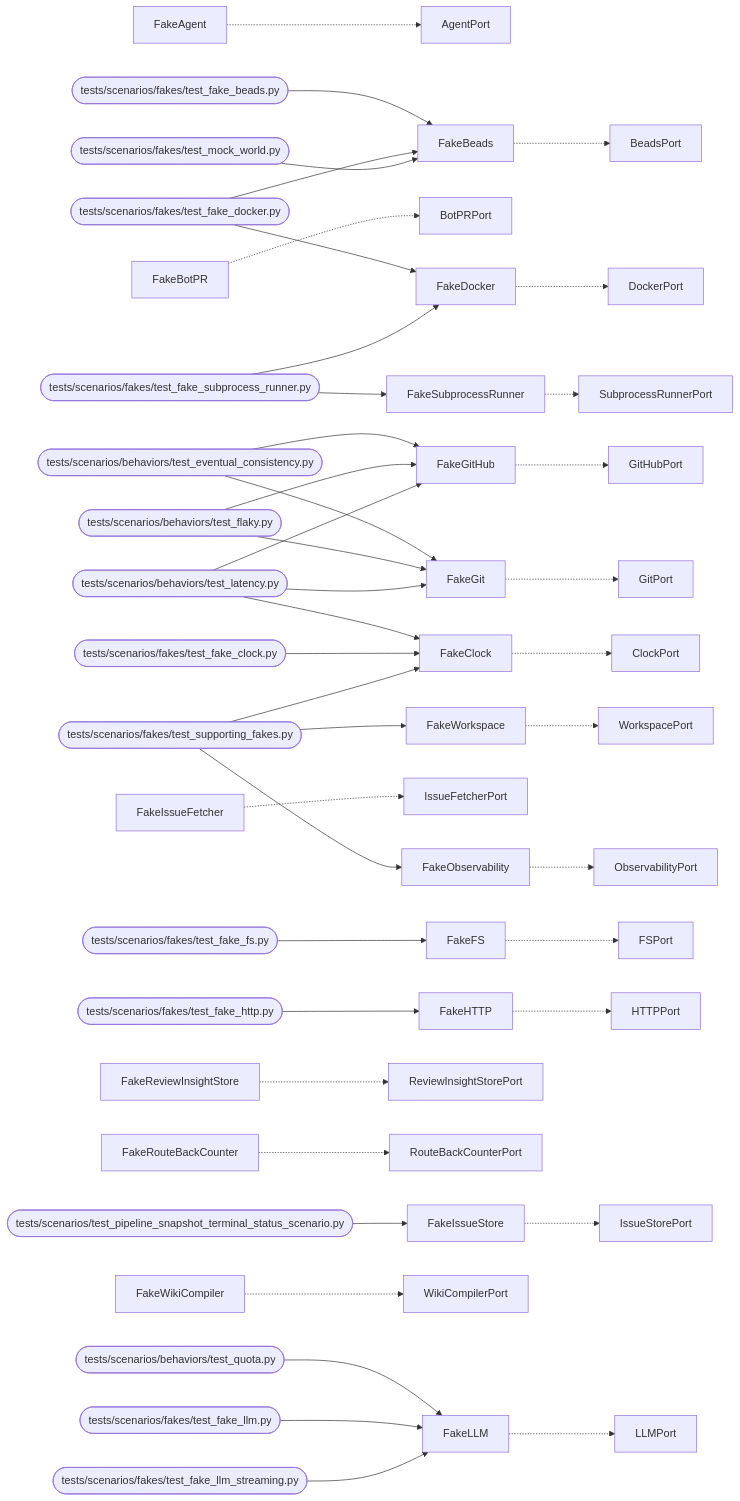
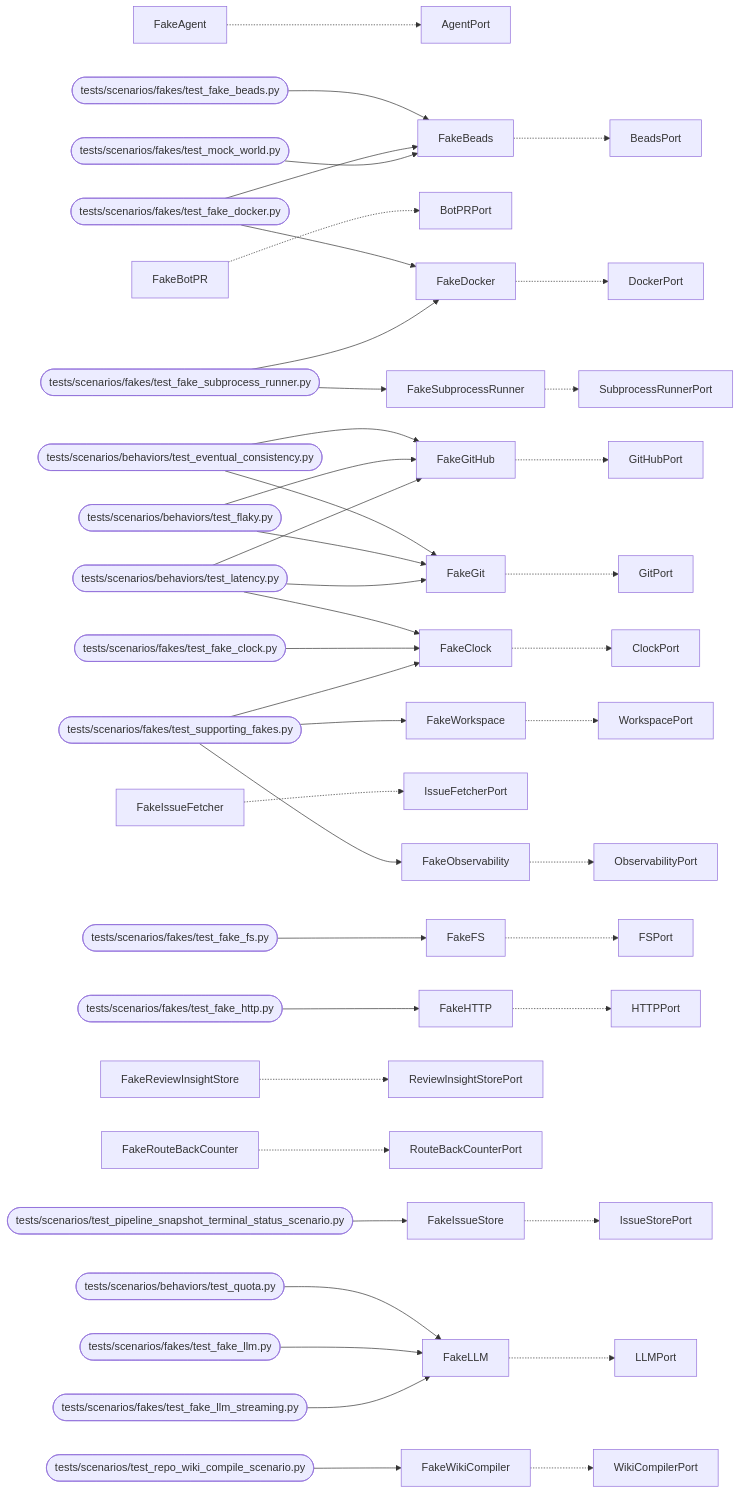
Before and after one commit to T-rav/hydraflow: the diagram in docs/arch/generated/mockworld.md, drawn with Mermaid. The commit also changed other lines of this file and 13 other files, not shown here.

First line of the commit message:
Fixes #11416: MockWorld repo_wiki loop registration never wires a w... (#11428)

````diff
--- a/docs/arch/generated/mockworld.md
+++ b/docs/arch/generated/mockworld.md
@@ -32,44 +32,45 @@
 ```mermaid
 graph LR
     FakeAgent -.-> AgentPort
     FakeBeads -.-> BeadsPort
     tests_scenarios_fakes_test_fake_beads_py([tests/scenarios/fakes/test_fake_beads.py]) --> FakeBeads
     tests_scenarios_fakes_test_fake_docker_py([tests/scenarios/fakes/test_fake_docker.py]) --> FakeBeads
     tests_scenarios_fakes_test_mock_world_py([tests/scenarios/fakes/test_mock_world.py]) --> FakeBeads
     FakeBotPR -.-> BotPRPort
     FakeClock -.-> ClockPort
     tests_scenarios_behaviors_test_latency_py([tests/scenarios/behaviors/test_latency.py]) --> FakeClock
     tests_scenarios_fakes_test_fake_clock_py([tests/scenarios/fakes/test_fake_clock.py]) --> FakeClock
     tests_scenarios_fakes_test_supporting_fakes_py([tests/scenarios/fakes/test_supporting_fakes.py]) --> FakeClock
     FakeDocker -.-> DockerPort
     tests_scenarios_fakes_test_fake_docker_py([tests/scenarios/fakes/test_fake_docker.py]) --> FakeDocker
     tests_scenarios_fakes_test_fake_subprocess_runner_py([tests/scenarios/fakes/test_fake_subprocess_runner.py]) --> FakeDocker
     FakeFS -.-> FSPort
     tests_scenarios_fakes_test_fake_fs_py([tests/scenarios/fakes/test_fake_fs.py]) --> FakeFS
     FakeGit -.-> GitPort
     tests_scenarios_behaviors_test_eventual_consistency_py([tests/scenarios/behaviors/test_eventual_consistency.py]) --> FakeGit
     tests_scenarios_behaviors_test_flaky_py([tests/scenarios/behaviors/test_flaky.py]) --> FakeGit
     tests_scenarios_behaviors_test_latency_py([tests/scenarios/behaviors/test_latency.py]) --> FakeGit
     FakeGitHub -.-> GitHubPort
     tests_scenarios_behaviors_test_eventual_consistency_py([tests/scenarios/behaviors/test_eventual_consistency.py]) --> FakeGitHub
     tests_scenarios_behaviors_test_flaky_py([tests/scenarios/behaviors/test_flaky.py]) --> FakeGitHub
     tests_scenarios_behaviors_test_latency_py([tests/scenarios/behaviors/test_latency.py]) --> FakeGitHub
     FakeHTTP -.-> HTTPPort
     tests_scenarios_fakes_test_fake_http_py([tests/scenarios/fakes/test_fake_http.py]) --> FakeHTTP
     FakeIssueFetcher -.-> IssueFetcherPort
     FakeIssueStore -.-> IssueStorePort
     tests_scenarios_test_pipeline_snapshot_terminal_status_scenario_py([tests/scenarios/test_pipeline_snapshot_terminal_status_scenario.py]) --> FakeIssueStore
     FakeLLM -.-> LLMPort
     tests_scenarios_behaviors_test_quota_py([tests/scenarios/behaviors/test_quota.py]) --> FakeLLM
     tests_scenarios_fakes_test_fake_llm_py([tests/scenarios/fakes/test_fake_llm.py]) --> FakeLLM
     tests_scenarios_fakes_test_fake_llm_streaming_py([tests/scenarios/fakes/test_fake_llm_streaming.py]) --> FakeLLM
     FakeObservability -.-> ObservabilityPort
     tests_scenarios_fakes_test_supporting_fakes_py([tests/scenarios/fakes/test_supporting_fakes.py]) --> FakeObservability
     FakeReviewInsightStore -.-> ReviewInsightStorePort
     FakeRouteBackCounter -.-> RouteBackCounterPort
     FakeSubprocessRunner -.-> SubprocessRunnerPort
     tests_scenarios_fakes_test_fake_subprocess_runner_py([tests/scenarios/fakes/test_fake_subprocess_runner.py]) --> FakeSubprocessRunner
     FakeWikiCompiler -.-> WikiCompilerPort
+    tests_scenarios_test_repo_wiki_compile_scenario_py([tests/scenarios/test_repo_wiki_compile_scenario.py]) --> FakeWikiCompiler
     FakeWorkspace -.-> WorkspacePort
     tests_scenarios_fakes_test_supporting_fakes_py([tests/scenarios/fakes/test_supporting_fakes.py]) --> FakeWorkspace
 ```
````
